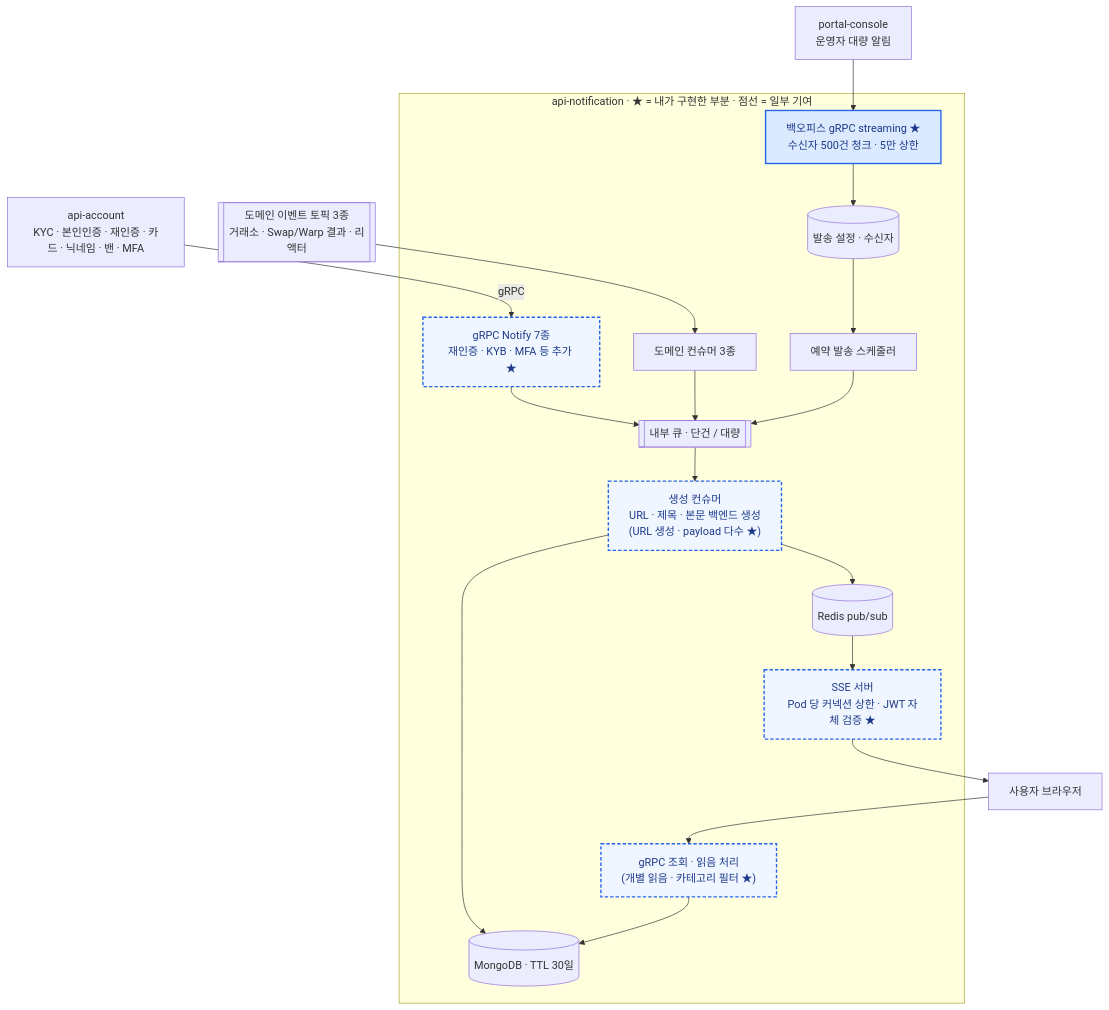
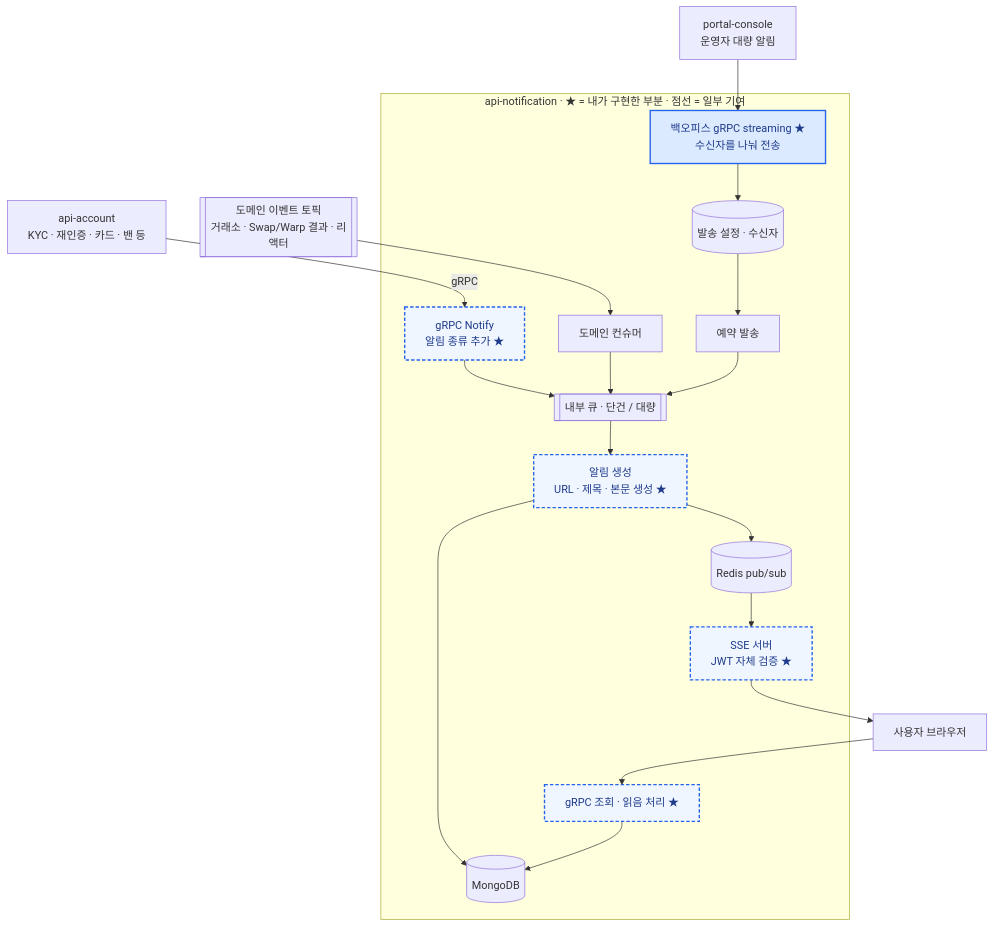
One commit to shalwxy/career changed the diagram in content/diagrams/notification.mmd. Above: the diagram before and after it, drawn with Mermaid. The commit also changed 27 other files, not shown here.

```diff
--- a/content/diagrams/notification.mmd
+++ b/content/diagrams/notification.mmd
@@ -1,30 +1,30 @@
 %% title: 통합 알림 — SSE 와 대량 수신자 스트리밍
 %% title_en: Unified notifications — SSE and bulk-recipient streaming
 flowchart TB
-    AC[api-account<br/>KYC · 본인인증 · 재인증 · 카드 · 닉네임 · 밴 · MFA]
-    K[[도메인 이벤트 토픽 3종<br/>거래소 · Swap/Warp 결과 · 리액터]]
+    AC[api-account<br/>KYC · 재인증 · 카드 · 밴 등]
+    K[[도메인 이벤트 토픽<br/>거래소 · Swap/Warp 결과 · 리액터]]
     CON[portal-console<br/>운영자 대량 알림]
     subgraph NT["api-notification · ★ = 내가 구현한 부분 · 점선 = 일부 기여"]
-        G1["gRPC Notify 7종<br/>재인증 · KYB · MFA 등 추가 ★"]
-        C[도메인 컨슈머 3종]
+        G1["gRPC Notify<br/>알림 종류 추가 ★"]
+        C[도메인 컨슈머]
         Q[[내부 큐 · 단건 / 대량]]
-        CR["생성 컨슈머<br/>URL · 제목 · 본문 백엔드 생성<br/>(URL 생성 · payload 다수 ★)"]
-        DB[(MongoDB · TTL 30일)]
+        CR["알림 생성<br/>URL · 제목 · 본문 생성 ★"]
+        DB[(MongoDB)]
         PS[(Redis pub/sub)]
-        SSE["SSE 서버<br/>Pod 당 커넥션 상한 · JWT 자체 검증 ★"]
-        G["gRPC 조회 · 읽음 처리<br/>(개별 읽음 · 카테고리 필터 ★)"]
-        ST["백오피스 gRPC streaming ★<br/>수신자 500건 청크 · 5만 상한"]
-        SCH[예약 발송 스케줄러]
+        SSE["SSE 서버<br/>JWT 자체 검증 ★"]
+        G["gRPC 조회 · 읽음 처리 ★"]
+        ST["백오피스 gRPC streaming ★<br/>수신자를 나눠 전송"]
+        SCH[예약 발송]
         RDB[(발송 설정 · 수신자)]
     end
     U[사용자 브라우저]
     AC -- gRPC --> G1 --> Q
     K --> C --> Q
     Q --> CR --> DB
     CR --> PS --> SSE --> U
     U --> G --> DB
     CON --> ST --> RDB --> SCH --> Q
     classDef mine fill:#dbeafe,stroke:#2563eb,stroke-width:2px,color:#1e3a8a
     classDef part fill:#eff6ff,stroke:#2563eb,stroke-width:2px,stroke-dasharray:5 3,color:#1e3a8a
     class ST mine
     class G1,CR,SSE,G part
```
